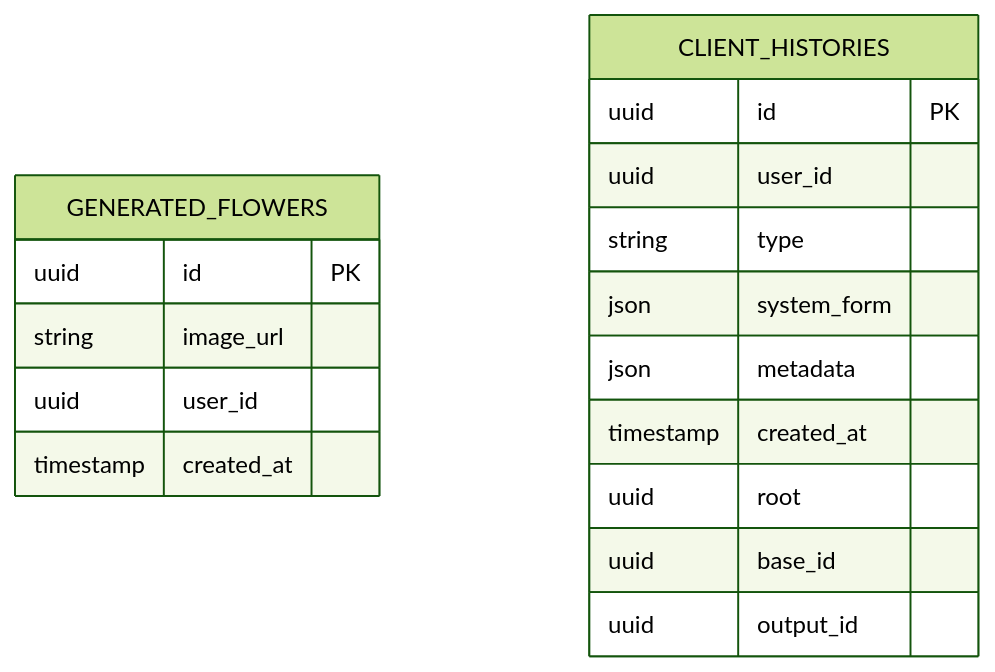
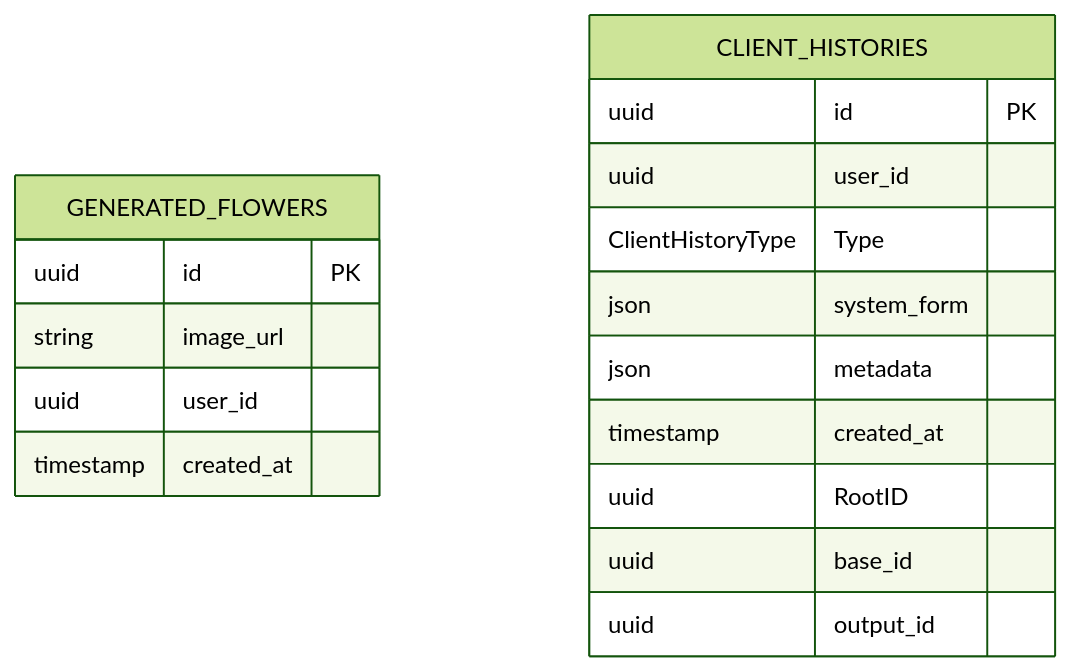
The fifth of 5 diagrams in HoaTheoMua.Repository/docs/tdd/TDD-016/TDD-016-tao-yeu-cau-va-mau-hoa-ai.md (TaskCoper/hoatheomua-be), drawn with Mermaid (forest theme) before and after one commit. The commit also changed other lines of this file and 499 other files, not shown here.

````diff
--- a/HoaTheoMua.Repository/docs/tdd/TDD-016/TDD-016-tao-yeu-cau-va-mau-hoa-ai.md
+++ b/HoaTheoMua.Repository/docs/tdd/TDD-016/TDD-016-tao-yeu-cau-va-mau-hoa-ai.md
@@ -192,21 +194,21 @@
 ```mermaid
 erDiagram
     GENERATED_FLOWERS {
         uuid id PK
         string image_url
         uuid user_id
         timestamp created_at
     }
 
     CLIENT_HISTORIES {
         uuid id PK
         uuid user_id
-        string type
+        ClientHistoryType Type
         json system_form
         json metadata
         timestamp created_at
-        uuid root
+        uuid RootID
         uuid base_id
         uuid output_id
     }
 ```
````
